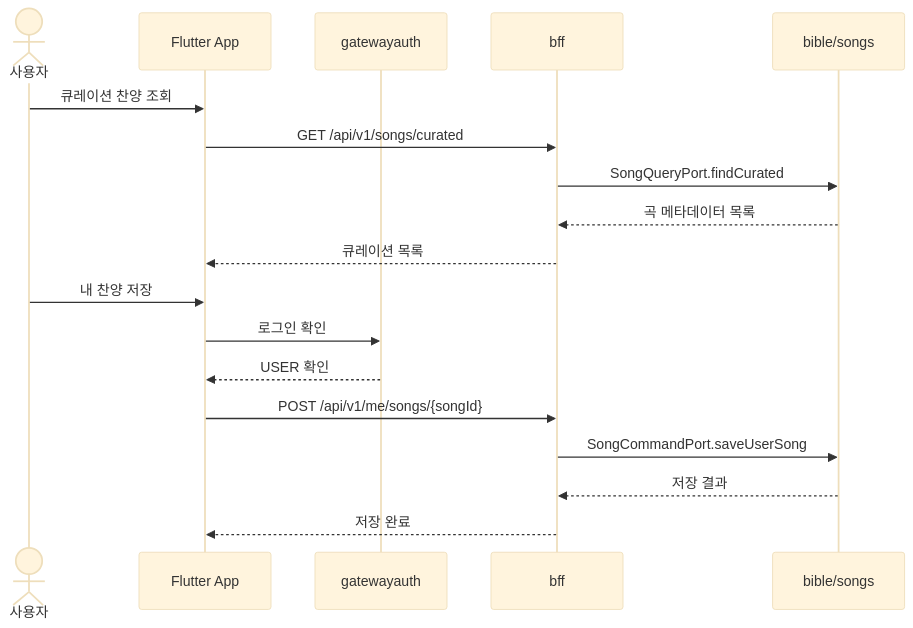
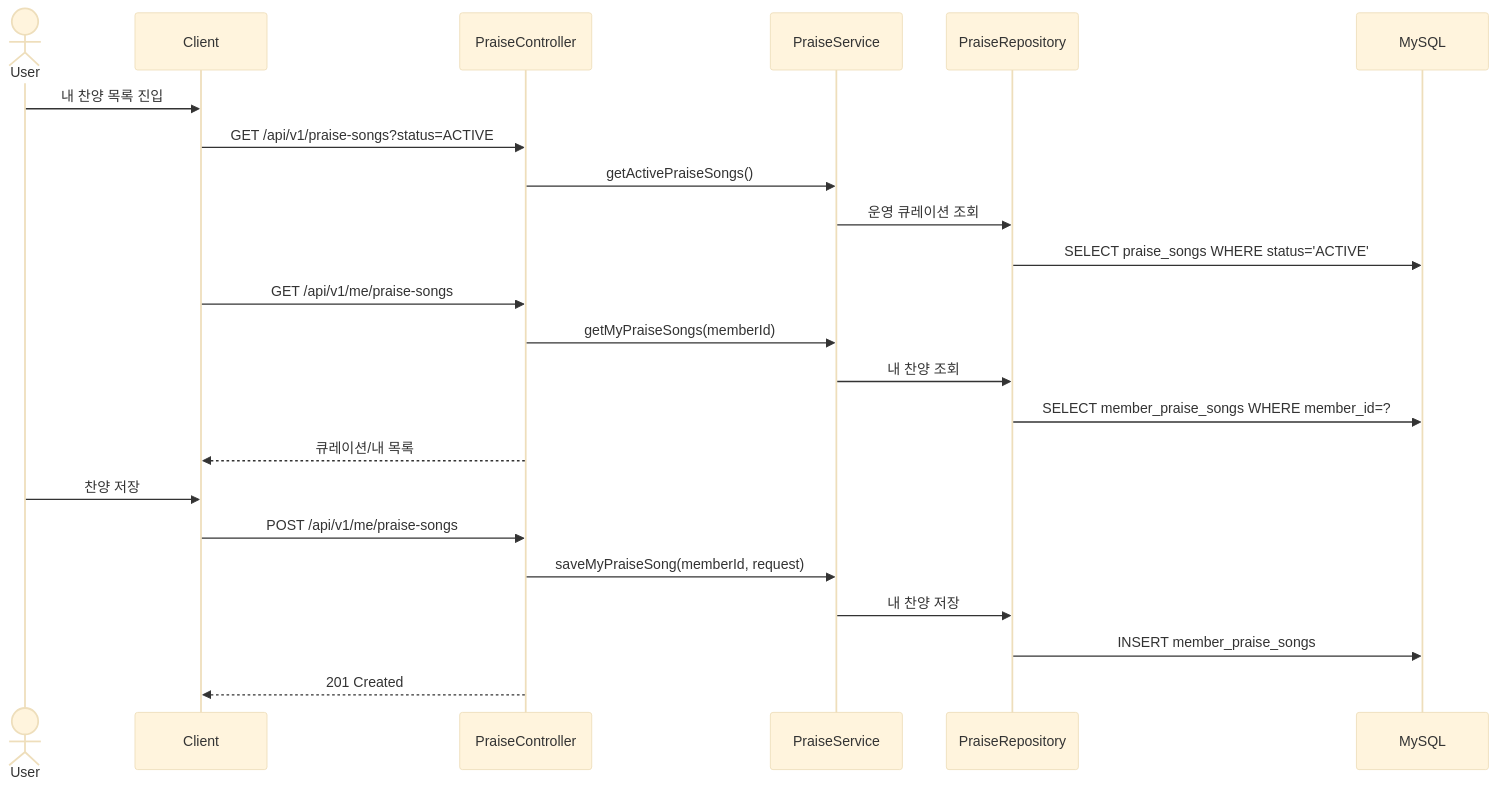
Before and after one commit to Tae0072/2nd-Team-Project: diagram 18 of 26 in 05_시퀀스_다이어그램.md, drawn with Mermaid (base theme). The commit also changed other lines of this file and 11 other files, not shown here.

````diff
--- a/05_시퀀스_다이어그램.md
+++ b/05_시퀀스_다이어그램.md
@@ -327,21 +782,26 @@
 ```mermaid
 sequenceDiagram
-    actor User as 사용자
-    participant App as Flutter App
-    participant Auth as gatewayauth
-    participant BFF as bff
-    participant Songs as bible/songs
+    actor User as User
+    participant Client as Client
+    participant PraiseApi as PraiseController
+    participant PraiseService as PraiseService
+    participant Repo as PraiseRepository
+    participant MySQL as MySQL
 
-    User->>App: 큐레이션 찬양 조회
-    App->>BFF: GET /api/v1/songs/curated
-    BFF->>Songs: SongQueryPort.findCurated
-    Songs-->>BFF: 곡 메타데이터 목록
-    BFF-->>App: 큐레이션 목록
-    User->>App: 내 찬양 저장
-    App->>Auth: 로그인 확인
-    Auth-->>App: USER 확인
-    App->>BFF: POST /api/v1/me/songs/{songId}
-    BFF->>Songs: SongCommandPort.saveUserSong
-    Songs-->>BFF: 저장 결과
-    BFF-->>App: 저장 완료
+    User->>Client: 내 찬양 목록 진입
+    Client->>PraiseApi: GET /api/v1/praise-songs?status=ACTIVE
+    PraiseApi->>PraiseService: getActivePraiseSongs()
+    PraiseService->>Repo: 운영 큐레이션 조회
+    Repo->>MySQL: SELECT praise_songs WHERE status='ACTIVE'
+    Client->>PraiseApi: GET /api/v1/me/praise-songs
+    PraiseApi->>PraiseService: getMyPraiseSongs(memberId)
+    PraiseService->>Repo: 내 찬양 조회
+    Repo->>MySQL: SELECT member_praise_songs WHERE member_id=?
+    PraiseApi-->>Client: 큐레이션/내 목록
+    User->>Client: 찬양 저장
+    Client->>PraiseApi: POST /api/v1/me/praise-songs
+    PraiseApi->>PraiseService: saveMyPraiseSong(memberId, request)
+    PraiseService->>Repo: 내 찬양 저장
+    Repo->>MySQL: INSERT member_praise_songs
+    PraiseApi-->>Client: 201 Created
 ```
````
